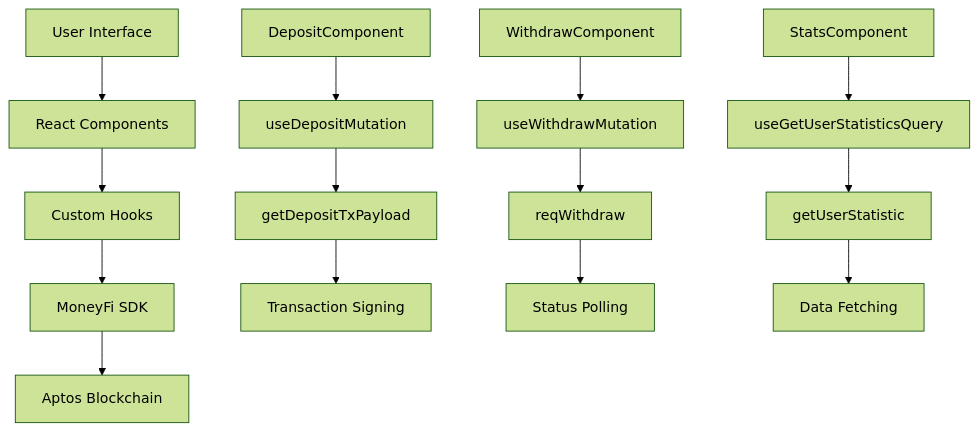
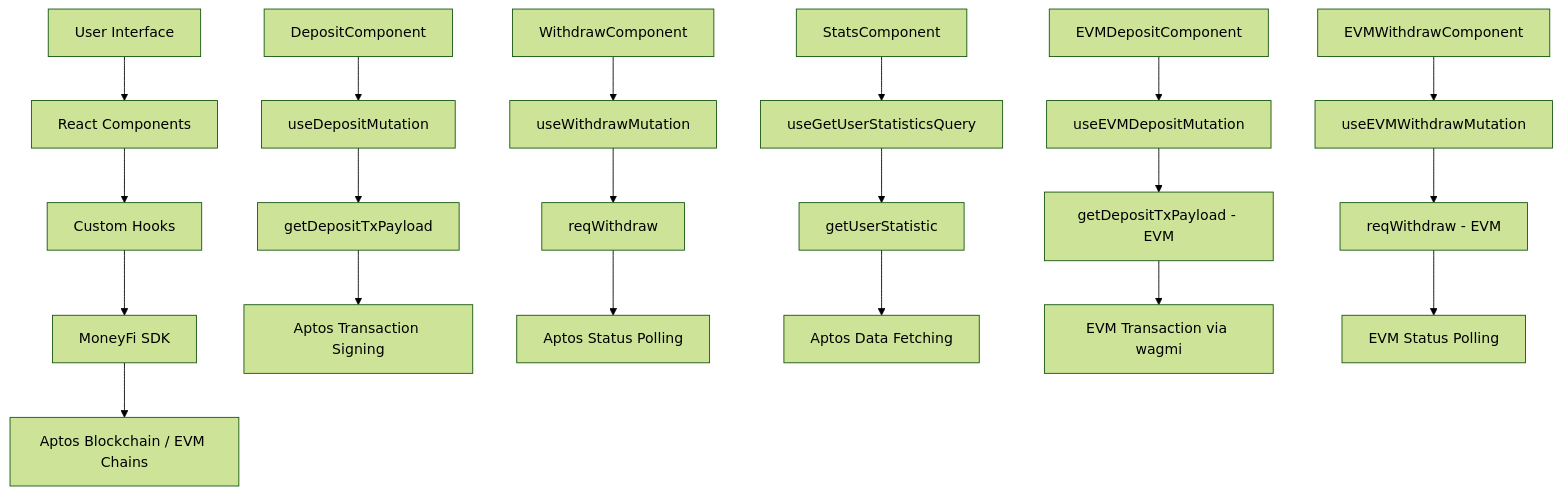
One commit to MoneyFi-fund/moneyfi-SDK-example changed the first of 9 diagrams in README.md. Above: the diagram before and after it, drawn with Mermaid (forest theme). The commit also changed other lines of this file and 14 other files, not shown here.

````diff
--- a/README.md
+++ b/README.md
@@ -198,19 +158,25 @@
 ```mermaid
 graph TD
     A[User Interface] --> B[React Components]
     B --> C[Custom Hooks]
     C --> D[MoneyFi SDK]
-    D --> E[Aptos Blockchain]
+    D --> E[Aptos Blockchain / EVM Chains]
 
     B1[DepositComponent] --> C1[useDepositMutation]
     B2[WithdrawComponent] --> C2[useWithdrawMutation]
     B3[StatsComponent] --> C3[useGetUserStatisticsQuery]
+    B4[EVMDepositComponent] --> C4[useEVMDepositMutation]
+    B5[EVMWithdrawComponent] --> C5[useEVMWithdrawMutation]
 
     C1 --> D1[getDepositTxPayload]
     C2 --> D2[reqWithdraw]
     C3 --> D3[getUserStatistic]
+    C4 --> D4[getDepositTxPayload - EVM]
+    C5 --> D5[reqWithdraw - EVM]
 
-    D1 --> E1[Transaction Signing]
-    D2 --> E2[Status Polling]
-    D3 --> E3[Data Fetching]
+    D1 --> E1[Aptos Transaction Signing]
+    D2 --> E2[Aptos Status Polling]
+    D3 --> E3[Aptos Data Fetching]
+    D4 --> E4[EVM Transaction via wagmi]
+    D5 --> E5[EVM Status Polling]
 ```
````
